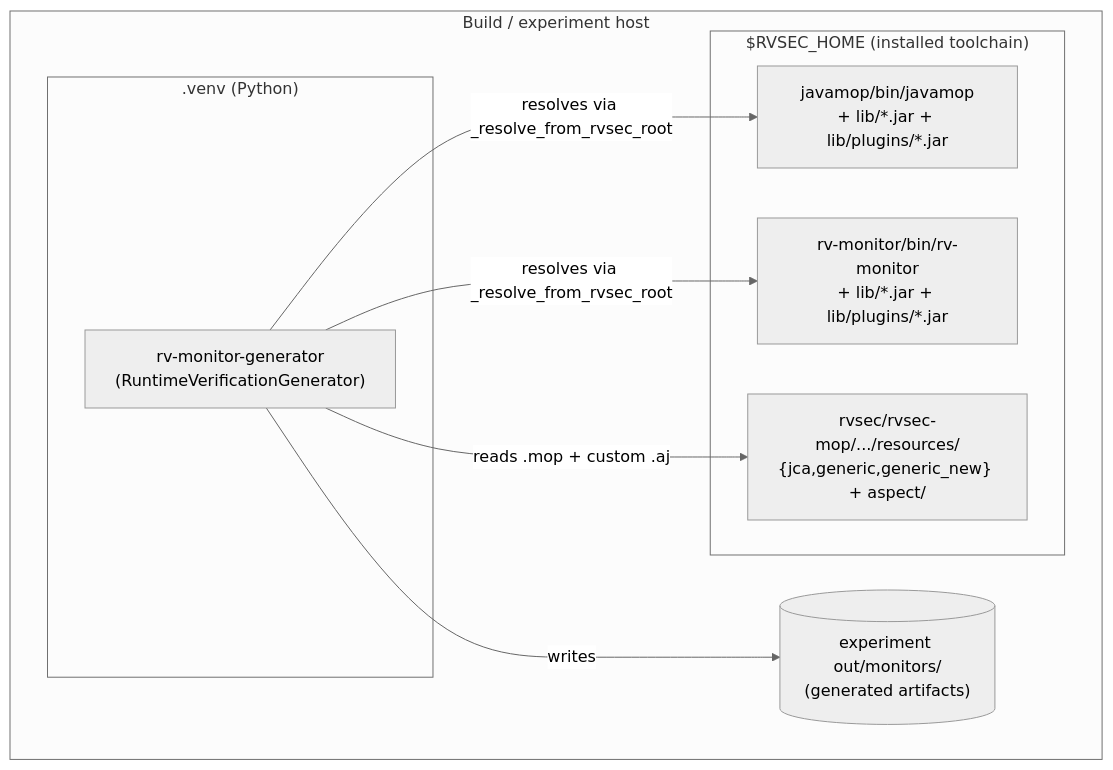
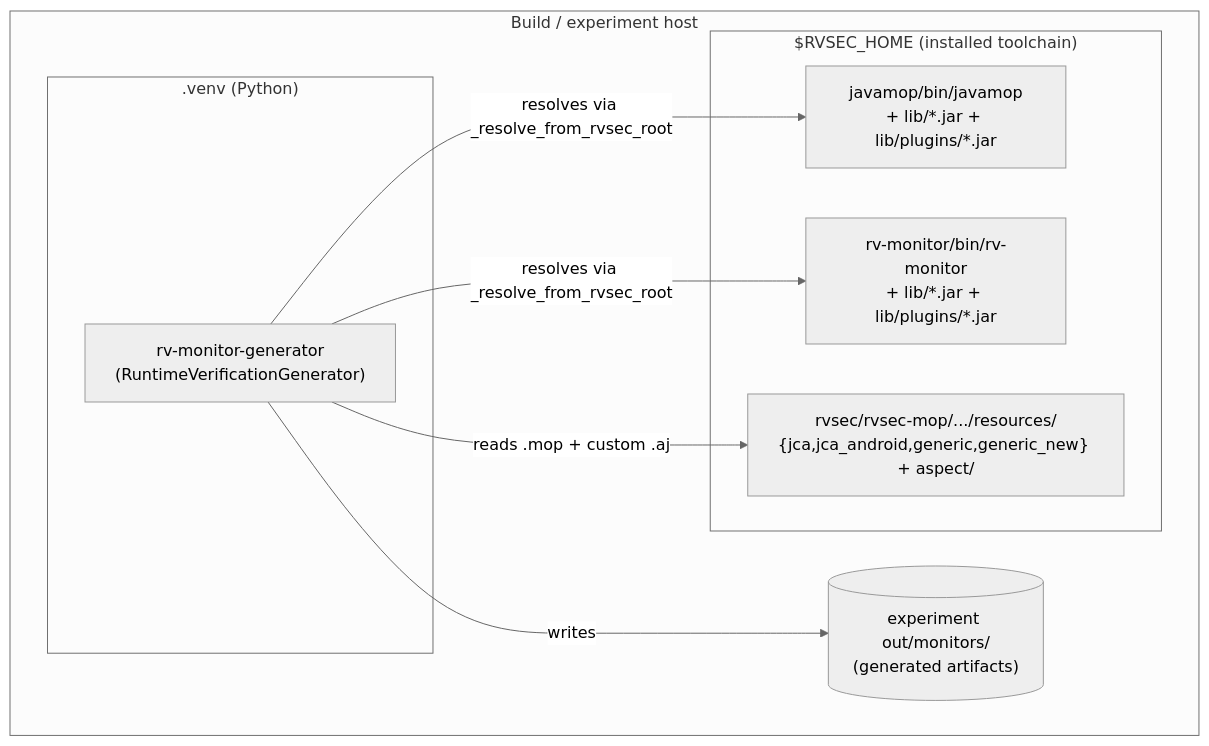
The fourth of 4 diagrams in rv-android/docs/architecture/monitor-generation.md (PAMunb/rvsec), drawn with Mermaid before and after one commit. The commit also changed other lines of this file and 27 other files, not shown here.

````diff
--- a/rv-android/docs/architecture/monitor-generation.md
+++ b/rv-android/docs/architecture/monitor-generation.md
@@ -674,19 +676,19 @@
 ```mermaid
 %%{init: {'theme': 'neutral'}}%%
 flowchart TB
     subgraph host["Build / experiment host"]
         subgraph venv[".venv (Python)"]
             gen["rv-monitor-generator<br/>(RuntimeVerificationGenerator)"]
         end
         subgraph rvsec["$RVSEC_HOME (installed toolchain)"]
             jmrel["javamop/bin/javamop<br/>+ lib/*.jar + lib/plugins/*.jar"]
             rvmrel["rv-monitor/bin/rv-monitor<br/>+ lib/*.jar + lib/plugins/*.jar"]
-            specs["rvsec/rvsec-mop/.../resources/<br/>{jca,generic,generic_new} + aspect/"]
+            specs["rvsec/rvsec-mop/.../resources/<br/>{jca,jca_android,generic,generic_new} + aspect/"]
         end
         outdir[("experiment out/monitors/<br/>(generated artifacts)")]
     end
     gen -->|resolves via _resolve_from_rvsec_root| jmrel
     gen -->|resolves via _resolve_from_rvsec_root| rvmrel
     gen -->|reads .mop + custom .aj| specs
     gen -->|writes| outdir
 ```
````
